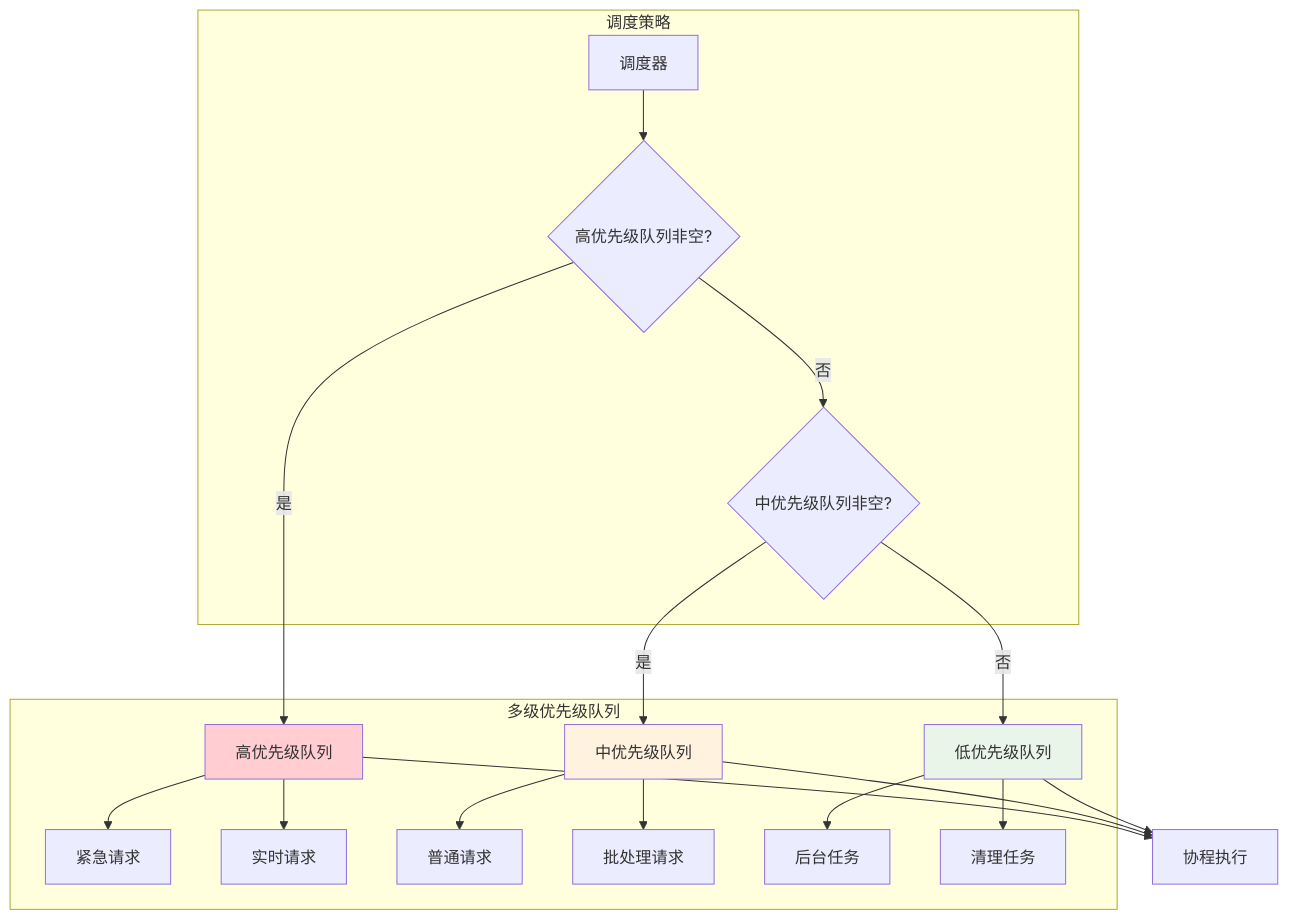
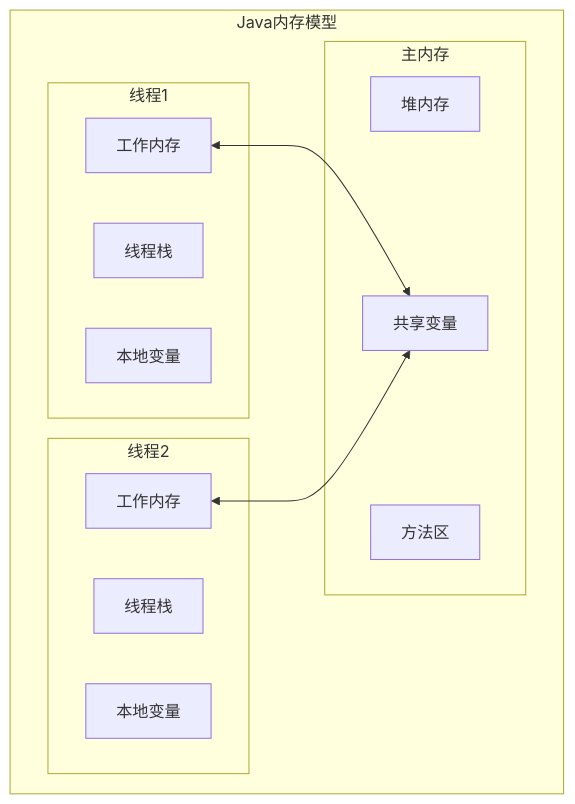
The third of 19 diagrams in 00.通用技术的提升/README.md (chongyang211/YCBookBlog), drawn with Mermaid before and after one commit. The commit also changed other lines of this file, not shown here.

````diff
--- a/00.通用技术的提升/README.md
+++ b/00.通用技术的提升/README.md
@@ -223,29 +81,25 @@
 ```mermaid
 graph TB
-    subgraph "多级优先级队列"
-        A[高优先级队列] --> A1[紧急请求]
-        A --> A2[实时请求]
+    subgraph "Java内存模型"
+        subgraph "线程1"
+            T1_Stack[线程栈]
+            T1_Local[本地变量]
+            T1_Cache[工作内存]
+        end
         
-        B[中优先级队列] --> B1[普通请求]
-        B --> B2[批处理请求]
+        subgraph "线程2"
+            T2_Stack[线程栈]
+            T2_Local[本地变量]
+            T2_Cache[工作内存]
+        end
         
-        C[低优先级队列] --> C1[后台任务]
-        C --> C2[清理任务]
+        subgraph "主内存"
+            Heap[堆内存]
+            Method[方法区]
+            Shared[共享变量]
+        end
+        
+        T1_Cache <--> Shared
+        T2_Cache <--> Shared
     end
-    
-    subgraph "调度策略"
-        D[调度器] --> E{高优先级队列非空?}
-        E -->|是| A
-        E -->|否| F{中优先级队列非空?}
-        F -->|是| B
-        F -->|否| C
-    end
-    
-    A --> G[协程执行]
-    B --> G
-    C --> G
-    
-    style A fill:#ffcdd2
-    style B fill:#fff3e0
-    style C fill:#e8f5e8
 ```
````
